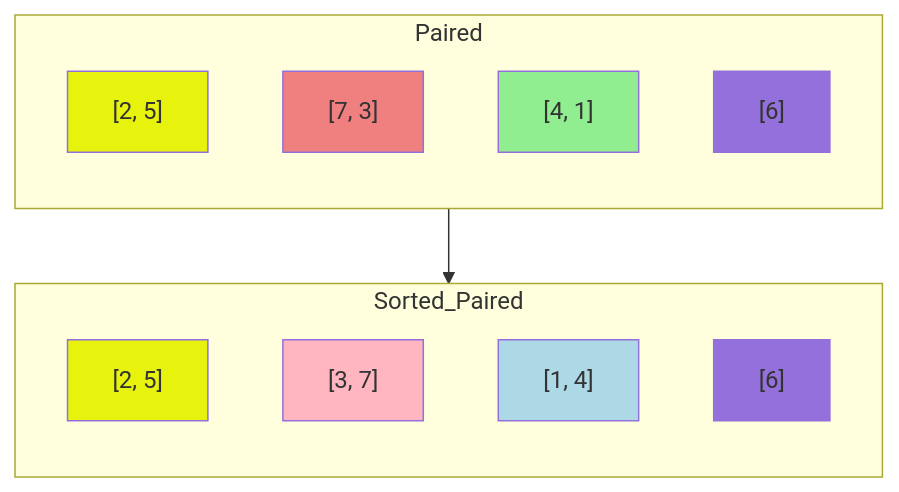
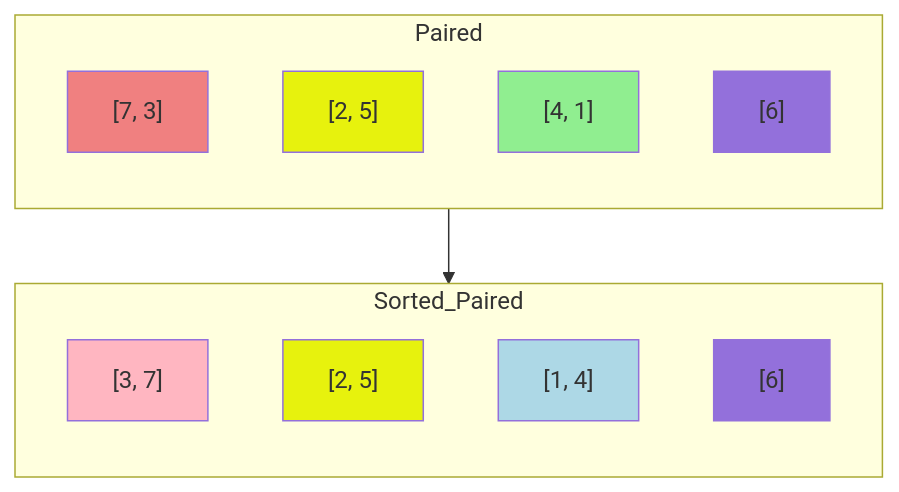
Before and after one commit to Tablerase/42_Projects: the second of 4 diagrams in Projects/CPP_Modules/cpp-exercices.md, drawn with Mermaid. The commit also changed other lines of this file and 1 other file, not shown here.

````diff
--- a/Projects/CPP_Modules/cpp-exercices.md
+++ b/Projects/CPP_Modules/cpp-exercices.md
@@ -161,26 +161,26 @@
 ```mermaid
 graph TD
   classDef yellow fill:#e7f20d;
   classDef orange fill:#f2a00d;
   classDef lightcoral fill:LightCoral;
   classDef lightpink fill:LightPink;
   classDef lightgreen fill:LightGreen;
   classDef lightblue fill:LightBlue;
   classDef mediumpurple fill:MediumPurple;
 
   subgraph Paired
     direction TB
+    Pair2["[7, 3]"]:::lightcoral
     Pair1["[2, 5]"]:::yellow
-    Pair2["[7, 3]"]:::lightcoral
     Pair3["[4, 1]"]:::lightgreen
     Pair4["[6]"]:::mediumpurple
   end
   Paired --> Sorted_Paired
   subgraph Sorted_Paired
     direction TB
+    Sorted2["[3, 7]"]:::lightpink
     Sorted1["[2, 5]"]:::yellow
-    Sorted2["[3, 7]"]:::lightpink
     Sorted3["[1, 4]"]:::lightblue
     Sorted4["[6]"]:::mediumpurple
   end
 ```
````
